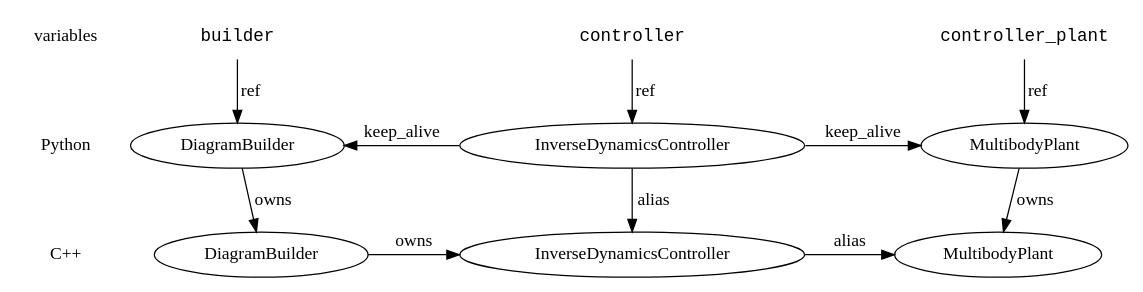
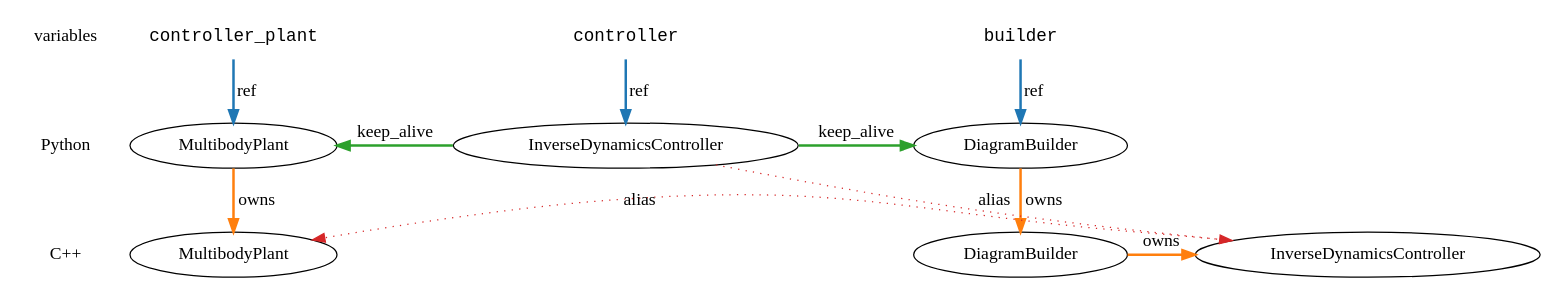
The diagram in too-hot0.dot (rpoyner-tri/drake), drawn with Graphviz before and after one commit. The commit also changed 1 other file, not shown here.

Commit message:
wip: started using source-built graphviz

```diff
--- a/too-hot0.dot
+++ b/too-hot0.dot
@@ -1,37 +1,41 @@
 digraph G {
 
 {
  node [shape=plaintext];
  edge [style=invis];
  variables -> Python -> "C++";
 }
 {
  node [shape=plaintext, fontname="Courier"];
  controller_plant; builder; controller;
 }
 
 pymbp [label="MultibodyPlant"];
 cmbp [label="MultibodyPlant"];
 pydb [label="DiagramBuilder"];
 cdb [label="DiagramBuilder"];
 pyidc [label="InverseDynamicsController"];
 cidc [label="InverseDynamicsController"];
 
 { rank = same; variables; builder; controller; controller_plant; }
 { rank = same; Python; pymbp; pydb; pyidc; }
 { rank = same; "C++"; cmbp; cdb; cidc; }
 
- controller_plant -> pymbp [label="ref"];
- pymbp -> cmbp [label="owns"];
+ edge [color="#1F77B4", style=bold, label="ref"];
+ controller_plant -> pymbp;
+ builder -> pydb;
+ controller -> pyidc;
 
- builder -> pydb [label="ref"];
- pydb -> cdb [label="owns"];
- cdb -> cidc [label="owns"];
+ edge [color="#FF7F0E", style=bold, label="owns"];
+ pymbp -> cmbp;
+ pydb -> cdb;
+ cdb -> cidc;
 
- controller -> pyidc [label="ref"];
- pyidc -> cidc [label="alias"];
- pyidc -> pydb [label="keep_alive", constraint=false];
- pyidc -> pymbp [label="keep_alive"];
+ edge [color="#2CA02C", style=bold, label="keep_alive", constraint=false];
+ pyidc -> pydb;
+ pyidc -> pymbp;
 
- cidc -> cmbp [label="alias"];
+ edge [color="#D62728", style=dotted,label="alias"];
+ pyidc -> cidc;
+ cidc -> cmbp;
 }
```
